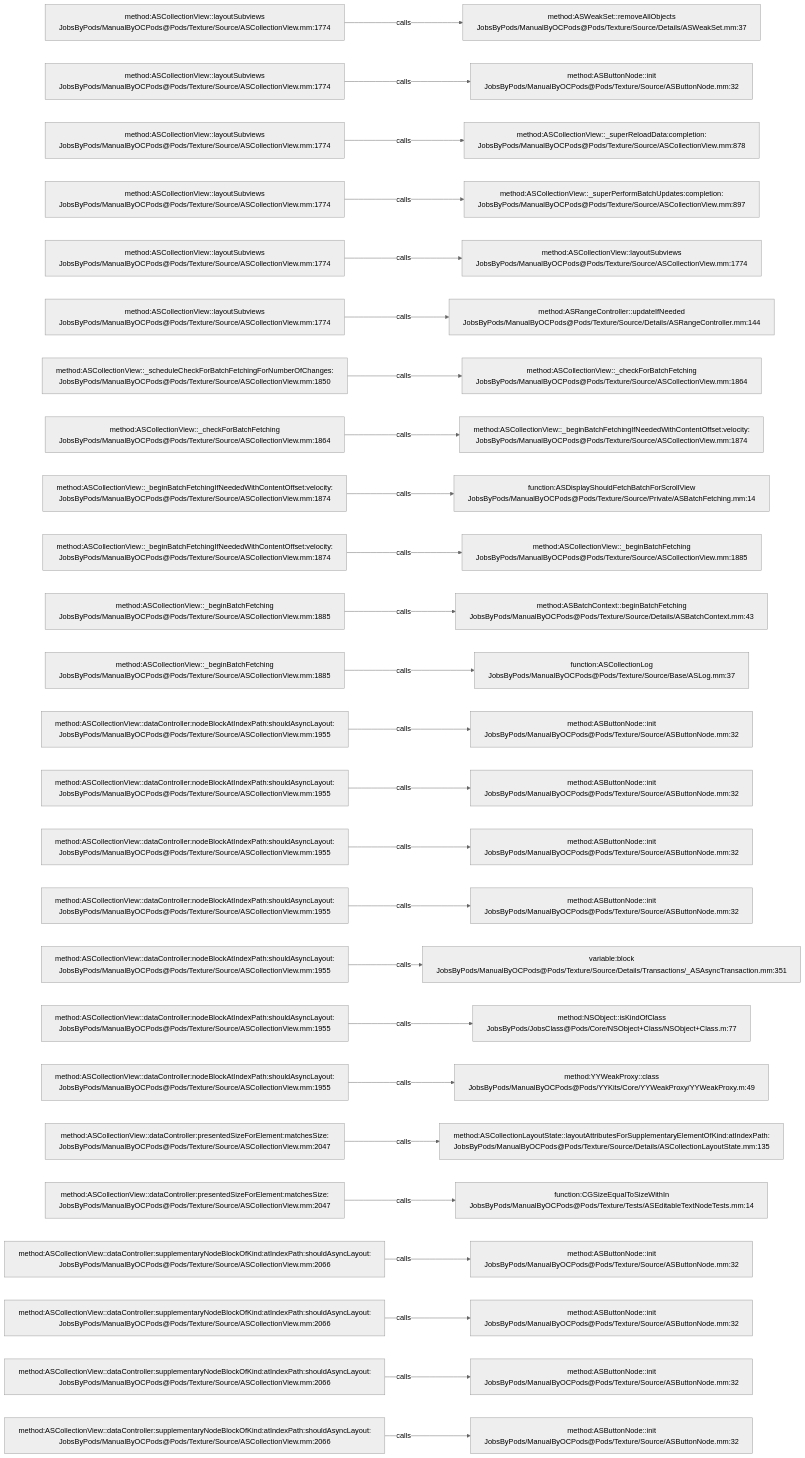
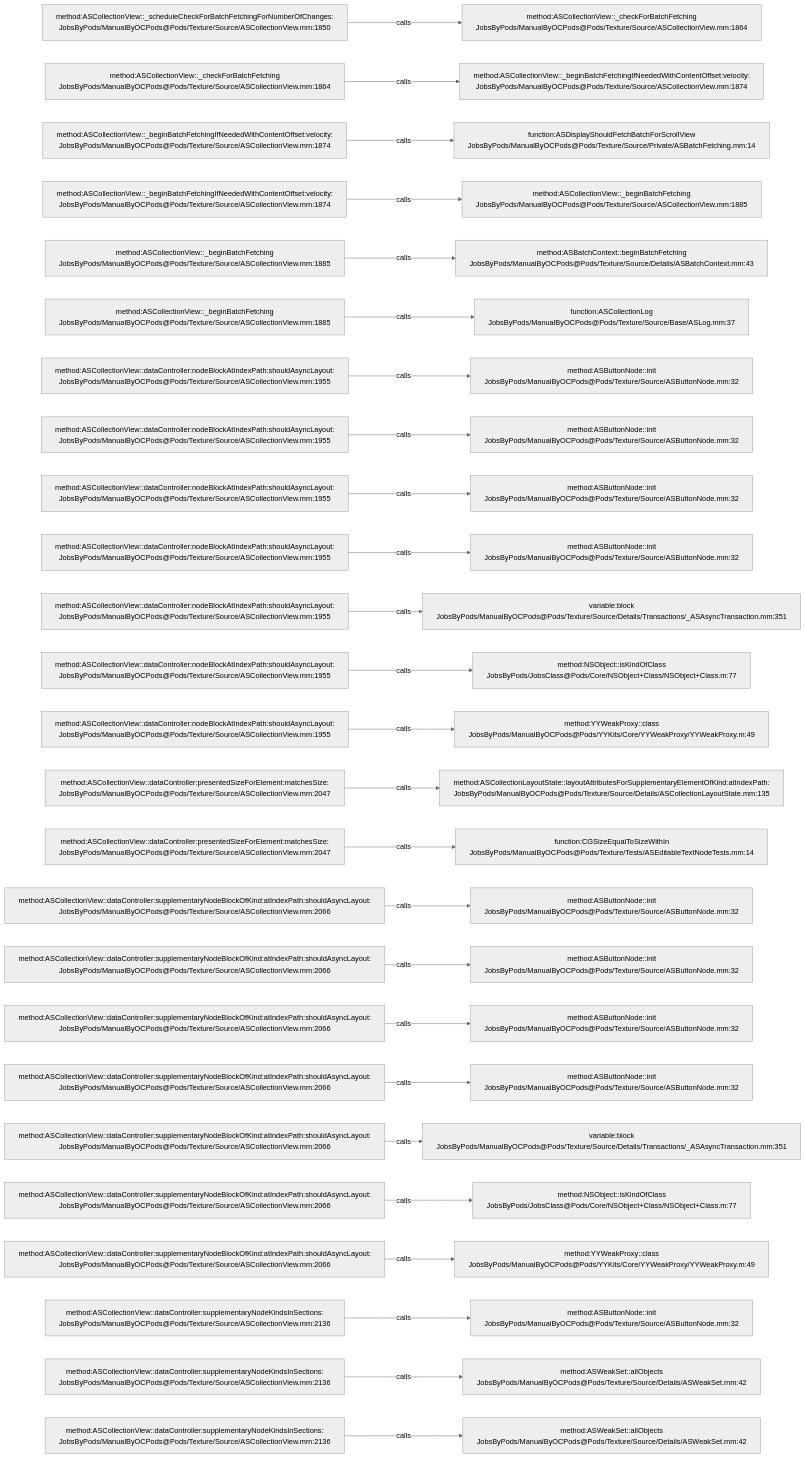
One commit to JobsKits/JobsOCBaseConfigDemo changed the diagram in .codegraph/codegraph.md/graphs/calls-075.md. Above: the diagram before and after it, drawn with Mermaid (neutral theme). The commit also changed 666 other files, not shown here.

````diff
--- a/.codegraph/codegraph.md/graphs/calls-075.md
+++ b/.codegraph/codegraph.md/graphs/calls-075.md
@@ -13,78 +13,78 @@
 ```mermaid
 flowchart LR
-  S1["method:ASCollectionView::layoutSubviews<br/>JobsByPods/ManualByOCPods@Pods/Texture/Source/ASCollectionView.mm:1774"]
-  T1["method:ASWeakSet::removeAllObjects<br/>JobsByPods/ManualByOCPods@Pods/Texture/Source/Details/ASWeakSet.mm:37"]
+  S1["method:ASCollectionView::_scheduleCheckForBatchFetchingForNumberOfChanges:<br/>JobsByPods/ManualByOCPods@Pods/Texture/Source/ASCollectionView.mm:1850"]
+  T1["method:ASCollectionView::_checkForBatchFetching<br/>JobsByPods/ManualByOCPods@Pods/Texture/Source/ASCollectionView.mm:1864"]
   S1 -->|calls| T1
-  S2["method:ASCollectionView::layoutSubviews<br/>JobsByPods/ManualByOCPods@Pods/Texture/Source/ASCollectionView.mm:1774"]
-  T2["method:ASButtonNode::init<br/>JobsByPods/ManualByOCPods@Pods/Texture/Source/ASButtonNode.mm:32"]
+  S2["method:ASCollectionView::_checkForBatchFetching<br/>JobsByPods/ManualByOCPods@Pods/Texture/Source/ASCollectionView.mm:1864"]
+  T2["method:ASCollectionView::_beginBatchFetchingIfNeededWithContentOffset:velocity:<br/>JobsByPods/ManualByOCPods@Pods/Texture/Source/ASCollectionView.mm:1874"]
   S2 -->|calls| T2
-  S3["method:ASCollectionView::layoutSubviews<br/>JobsByPods/ManualByOCPods@Pods/Texture/Source/ASCollectionView.mm:1774"]
-  T3["method:ASCollectionView::_superReloadData:completion:<br/>JobsByPods/ManualByOCPods@Pods/Texture/Source/ASCollectionView.mm:878"]
+  S3["method:ASCollectionView::_beginBatchFetchingIfNeededWithContentOffset:velocity:<br/>JobsByPods/ManualByOCPods@Pods/Texture/Source/ASCollectionView.mm:1874"]
+  T3["function:ASDisplayShouldFetchBatchForScrollView<br/>JobsByPods/ManualByOCPods@Pods/Texture/Source/Private/ASBatchFetching.mm:14"]
   S3 -->|calls| T3
-  S4["method:ASCollectionView::layoutSubviews<br/>JobsByPods/ManualByOCPods@Pods/Texture/Source/ASCollectionView.mm:1774"]
-  T4["method:ASCollectionView::_superPerformBatchUpdates:completion:<br/>JobsByPods/ManualByOCPods@Pods/Texture/Source/ASCollectionView.mm:897"]
+  S4["method:ASCollectionView::_beginBatchFetchingIfNeededWithContentOffset:velocity:<br/>JobsByPods/ManualByOCPods@Pods/Texture/Source/ASCollectionView.mm:1874"]
+  T4["method:ASCollectionView::_beginBatchFetching<br/>JobsByPods/ManualByOCPods@Pods/Texture/Source/ASCollectionView.mm:1885"]
   S4 -->|calls| T4
-  S5["method:ASCollectionView::layoutSubviews<br/>JobsByPods/ManualByOCPods@Pods/Texture/Source/ASCollectionView.mm:1774"]
-  T5["method:ASCollectionView::layoutSubviews<br/>JobsByPods/ManualByOCPods@Pods/Texture/Source/ASCollectionView.mm:1774"]
+  S5["method:ASCollectionView::_beginBatchFetching<br/>JobsByPods/ManualByOCPods@Pods/Texture/Source/ASCollectionView.mm:1885"]
+  T5["method:ASBatchContext::beginBatchFetching<br/>JobsByPods/ManualByOCPods@Pods/Texture/Source/Details/ASBatchContext.mm:43"]
   S5 -->|calls| T5
-  S6["method:ASCollectionView::layoutSubviews<br/>JobsByPods/ManualByOCPods@Pods/Texture/Source/ASCollectionView.mm:1774"]
-  T6["method:ASRangeController::updateIfNeeded<br/>JobsByPods/ManualByOCPods@Pods/Texture/Source/Details/ASRangeController.mm:144"]
+  S6["method:ASCollectionView::_beginBatchFetching<br/>JobsByPods/ManualByOCPods@Pods/Texture/Source/ASCollectionView.mm:1885"]
+  T6["function:ASCollectionLog<br/>JobsByPods/ManualByOCPods@Pods/Texture/Source/Base/ASLog.mm:37"]
   S6 -->|calls| T6
-  S7["method:ASCollectionView::_scheduleCheckForBatchFetchingForNumberOfChanges:<br/>JobsByPods/ManualByOCPods@Pods/Texture/Source/ASCollectionView.mm:1850"]
-  T7["method:ASCollectionView::_checkForBatchFetching<br/>JobsByPods/ManualByOCPods@Pods/Texture/Source/ASCollectionView.mm:1864"]
+  S7["method:ASCollectionView::dataController:nodeBlockAtIndexPath:shouldAsyncLayout:<br/>JobsByPods/ManualByOCPods@Pods/Texture/Source/ASCollectionView.mm:1955"]
+  T7["method:ASButtonNode::init<br/>JobsByPods/ManualByOCPods@Pods/Texture/Source/ASButtonNode.mm:32"]
   S7 -->|calls| T7
-  S8["method:ASCollectionView::_checkForBatchFetching<br/>JobsByPods/ManualByOCPods@Pods/Texture/Source/ASCollectionView.mm:1864"]
-  T8["method:ASCollectionView::_beginBatchFetchingIfNeededWithContentOffset:velocity:<br/>JobsByPods/ManualByOCPods@Pods/Texture/Source/ASCollectionView.mm:1874"]
+  S8["method:ASCollectionView::dataController:nodeBlockAtIndexPath:shouldAsyncLayout:<br/>JobsByPods/ManualByOCPods@Pods/Texture/Source/ASCollectionView.mm:1955"]
+  T8["method:ASButtonNode::init<br/>JobsByPods/ManualByOCPods@Pods/Texture/Source/ASButtonNode.mm:32"]
   S8 -->|calls| T8
-  S9["method:ASCollectionView::_beginBatchFetchingIfNeededWithContentOffset:velocity:<br/>JobsByPods/ManualByOCPods@Pods/Texture/Source/ASCollectionView.mm:1874"]
-  T9["function:ASDisplayShouldFetchBatchForScrollView<br/>JobsByPods/ManualByOCPods@Pods/Texture/Source/Private/ASBatchFetching.mm:14"]
+  S9["method:ASCollectionView::dataController:nodeBlockAtIndexPath:shouldAsyncLayout:<br/>JobsByPods/ManualByOCPods@Pods/Texture/Source/ASCollectionView.mm:1955"]
+  T9["method:ASButtonNode::init<br/>JobsByPods/ManualByOCPods@Pods/Texture/Source/ASButtonNode.mm:32"]
   S9 -->|calls| T9
-  S10["method:ASCollectionView::_beginBatchFetchingIfNeededWithContentOffset:velocity:<br/>JobsByPods/ManualByOCPods@Pods/Texture/Source/ASCollectionView.mm:1874"]
-  T10["method:ASCollectionView::_beginBatchFetching<br/>JobsByPods/ManualByOCPods@Pods/Texture/Source/ASCollectionView.mm:1885"]
+  S10["method:ASCollectionView::dataController:nodeBlockAtIndexPath:shouldAsyncLayout:<br/>JobsByPods/ManualByOCPods@Pods/Texture/Source/ASCollectionView.mm:1955"]
+  T10["method:ASButtonNode::init<br/>JobsByPods/ManualByOCPods@Pods/Texture/Source/ASButtonNode.mm:32"]
   S10 -->|calls| T10
-  S11["method:ASCollectionView::_beginBatchFetching<br/>JobsByPods/ManualByOCPods@Pods/Texture/Source/ASCollectionView.mm:1885"]
-  T11["method:ASBatchContext::beginBatchFetching<br/>JobsByPods/ManualByOCPods@Pods/Texture/Source/Details/ASBatchContext.mm:43"]
+  S11["method:ASCollectionView::dataController:nodeBlockAtIndexPath:shouldAsyncLayout:<br/>JobsByPods/ManualByOCPods@Pods/Texture/Source/ASCollectionView.mm:1955"]
+  T11["variable:block<br/>JobsByPods/ManualByOCPods@Pods/Texture/Source/Details/Transactions/_ASAsyncTransaction.mm:351"]
   S11 -->|calls| T11
-  S12["method:ASCollectionView::_beginBatchFetching<br/>JobsByPods/ManualByOCPods@Pods/Texture/Source/ASCollectionView.mm:1885"]
-  T12["function:ASCollectionLog<br/>JobsByPods/ManualByOCPods@Pods/Texture/Source/Base/ASLog.mm:37"]
+  S12["method:ASCollectionView::dataController:nodeBlockAtIndexPath:shouldAsyncLayout:<br/>JobsByPods/ManualByOCPods@Pods/Texture/Source/ASCollectionView.mm:1955"]
+  T12["method:NSObject::isKindOfClass<br/>JobsByPods/JobsClass@Pods/Core/NSObject+Class/NSObject+Class.m:77"]
   S12 -->|calls| T12
   S13["method:ASCollectionView::dataController:nodeBlockAtIndexPath:shouldAsyncLayout:<br/>JobsByPods/ManualByOCPods@Pods/Texture/Source/ASCollectionView.mm:1955"]
-  T13["method:ASButtonNode::init<br/>JobsByPods/ManualByOCPods@Pods/Texture/Source/ASButtonNode.mm:32"]
+  T13["method:YYWeakProxy::class<br/>JobsByPods/ManualByOCPods@Pods/YYKits/Core/YYWeakProxy/YYWeakProxy.m:49"]
   S13 -->|calls| T13
-  S14["method:ASCollectionView::dataController:nodeBlockAtIndexPath:shouldAsyncLayout:<br/>JobsByPods/ManualByOCPods@Pods/Texture/Source/ASCollectionView.mm:1955"]
-  T14["method:ASButtonNode::init<br/>JobsByPods/ManualByOCPods@Pods/Texture/Source/ASButtonNode.mm:32"]
+  S14["method:ASCollectionView::dataController:presentedSizeForElement:matchesSize:<br/>JobsByPods/ManualByOCPods@Pods/Texture/Source/ASCollectionView.mm:2047"]
+  T14["method:ASCollectionLayoutState::layoutAttributesForSupplementaryElementOfKind:atIndexPath:<br/>JobsByPods/ManualByOCPods@Pods/Texture/Source/Details/ASCollectionLayoutState.mm:135"]
   S14 -->|calls| T14
-  S15["method:ASCollectionView::dataController:nodeBlockAtIndexPath:shouldAsyncLayout:<br/>JobsByPods/ManualByOCPods@Pods/Texture/Source/ASCollectionView.mm:1955"]
-  T15["method:ASButtonNode::init<br/>JobsByPods/ManualByOCPods@Pods/Texture/Source/ASButtonNode.mm:32"]
+  S15["method:ASCollectionView::dataController:presentedSizeForElement:matchesSize:<br/>JobsByPods/ManualByOCPods@Pods/Texture/Source/ASCollectionView.mm:2047"]
+  T15["function:CGSizeEqualToSizeWithIn<br/>JobsByPods/ManualByOCPods@Pods/Texture/Tests/ASEditableTextNodeTests.mm:14"]
   S15 -->|calls| T15
-  S16["method:ASCollectionView::dataController:nodeBlockAtIndexPath:shouldAsyncLayout:<br/>JobsByPods/ManualByOCPods@Pods/Texture/Source/ASCollectionView.mm:1955"]
+  S16["method:ASCollectionView::dataController:supplementaryNodeBlockOfKind:atIndexPath:shouldAsyncLayout:<br/>JobsByPods/ManualByOCPods@Pods/Texture/Source/ASCollectionView.mm:2066"]
   T16["method:ASButtonNode::init<br/>JobsByPods/ManualByOCPods@Pods/Texture/Source/ASButtonNode.mm:32"]
   S16 -->|calls| T16
-  S17["method:ASCollectionView::dataController:nodeBlockAtIndexPath:shouldAsyncLayout:<br/>JobsByPods/ManualByOCPods@Pods/Texture/Source/ASCollectionView.mm:1955"]
-  T17["variable:block<br/>JobsByPods/ManualByOCPods@Pods/Texture/Source/Details/Transactions/_ASAsyncTransaction.mm:351"]
+  S17["method:ASCollectionView::dataController:supplementaryNodeBlockOfKind:atIndexPath:shouldAsyncLayout:<br/>JobsByPods/ManualByOCPods@Pods/Texture/Source/ASCollectionView.mm:2066"]
+  T17["method:ASButtonNode::init<br/>JobsByPods/ManualByOCPods@Pods/Texture/Source/ASButtonNode.mm:32"]
   S17 -->|calls| T17
-  S18["method:ASCollectionView::dataController:nodeBlockAtIndexPath:shouldAsyncLayout:<br/>JobsByPods/ManualByOCPods@Pods/Texture/Source/ASCollectionView.mm:1955"]
-  T18["method:NSObject::isKindOfClass<br/>JobsByPods/JobsClass@Pods/Core/NSObject+Class/NSObject+Class.m:77"]
+  S18["method:ASCollectionView::dataController:supplementaryNodeBlockOfKind:atIndexPath:shouldAsyncLayout:<br/>JobsByPods/ManualByOCPods@Pods/Texture/Source/ASCollectionView.mm:2066"]
+  T18["method:ASButtonNode::init<br/>JobsByPods/ManualByOCPods@Pods/Texture/Source/ASButtonNode.mm:32"]
   S18 -->|calls| T18
-  S19["method:ASCollectionView::dataController:nodeBlockAtIndexPath:shouldAsyncLayout:<br/>JobsByPods/ManualByOCPods@Pods/Texture/Source/ASCollectionView.mm:1955"]
-  T19["method:YYWeakProxy::class<br/>JobsByPods/ManualByOCPods@Pods/YYKits/Core/YYWeakProxy/YYWeakProxy.m:49"]
+  S19["method:ASCollectionView::dataController:supplementaryNodeBlockOfKind:atIndexPath:shouldAsyncLayout:<br/>JobsByPods/ManualByOCPods@Pods/Texture/Source/ASCollectionView.mm:2066"]
+  T19["method:ASButtonNode::init<br/>JobsByPods/ManualByOCPods@Pods/Texture/Source/ASButtonNode.mm:32"]
   S19 -->|calls| T19
-  S20["method:ASCollectionView::dataController:presentedSizeForElement:matchesSize:<br/>JobsByPods/ManualByOCPods@Pods/Texture/Source/ASCollectionView.mm:2047"]
-  T20["method:ASCollectionLayoutState::layoutAttributesForSupplementaryElementOfKind:atIndexPath:<br/>JobsByPods/ManualByOCPods@Pods/Texture/Source/Details/ASCollectionLayoutState.mm:135"]
+  S20["method:ASCollectionView::dataController:supplementaryNodeBlockOfKind:atIndexPath:shouldAsyncLayout:<br/>JobsByPods/ManualByOCPods@Pods/Texture/Source/ASCollectionView.mm:2066"]
+  T20["variable:block<br/>JobsByPods/ManualByOCPods@Pods/Texture/Source/Details/Transactions/_ASAsyncTransaction.mm:351"]
   S20 -->|calls| T20
-  S21["method:ASCollectionView::dataController:presentedSizeForElement:matchesSize:<br/>JobsByPods/ManualByOCPods@Pods/Texture/Source/ASCollectionView.mm:2047"]
-  T21["function:CGSizeEqualToSizeWithIn<br/>JobsByPods/ManualByOCPods@Pods/Texture/Tests/ASEditableTextNodeTests.mm:14"]
+  S21["method:ASCollectionView::dataController:supplementaryNodeBlockOfKind:atIndexPath:shouldAsyncLayout:<br/>JobsByPods/ManualByOCPods@Pods/Texture/Source/ASCollectionView.mm:2066"]
+  T21["method:NSObject::isKindOfClass<br/>JobsByPods/JobsClass@Pods/Core/NSObject+Class/NSObject+Class.m:77"]
   S21 -->|calls| T21
   S22["method:ASCollectionView::dataController:supplementaryNodeBlockOfKind:atIndexPath:shouldAsyncLayout:<br/>JobsByPods/ManualByOCPods@Pods/Texture/Source/ASCollectionView.mm:2066"]
-  T22["method:ASButtonNode::init<br/>JobsByPods/ManualByOCPods@Pods/Texture/Source/ASButtonNode.mm:32"]
+  T22["method:YYWeakProxy::class<br/>JobsByPods/ManualByOCPods@Pods/YYKits/Core/YYWeakProxy/YYWeakProxy.m:49"]
   S22 -->|calls| T22
-  S23["method:ASCollectionView::dataController:supplementaryNodeBlockOfKind:atIndexPath:shouldAsyncLayout:<br/>JobsByPods/ManualByOCPods@Pods/Texture/Source/ASCollectionView.mm:2066"]
+  S23["method:ASCollectionView::dataController:supplementaryNodeKindsInSections:<br/>JobsByPods/ManualByOCPods@Pods/Texture/Source/ASCollectionView.mm:2136"]
   T23["method:ASButtonNode::init<br/>JobsByPods/ManualByOCPods@Pods/Texture/Source/ASButtonNode.mm:32"]
   S23 -->|calls| T23
-  S24["method:ASCollectionView::dataController:supplementaryNodeBlockOfKind:atIndexPath:shouldAsyncLayout:<br/>JobsByPods/ManualByOCPods@Pods/Texture/Source/ASCollectionView.mm:2066"]
-  T24["method:ASButtonNode::init<br/>JobsByPods/ManualByOCPods@Pods/Texture/Source/ASButtonNode.mm:32"]
+  S24["method:ASCollectionView::dataController:supplementaryNodeKindsInSections:<br/>JobsByPods/ManualByOCPods@Pods/Texture/Source/ASCollectionView.mm:2136"]
+  T24["method:ASWeakSet::allObjects<br/>JobsByPods/ManualByOCPods@Pods/Texture/Source/Details/ASWeakSet.mm:42"]
   S24 -->|calls| T24
-  S25["method:ASCollectionView::dataController:supplementaryNodeBlockOfKind:atIndexPath:shouldAsyncLayout:<br/>JobsByPods/ManualByOCPods@Pods/Texture/Source/ASCollectionView.mm:2066"]
-  T25["method:ASButtonNode::init<br/>JobsByPods/ManualByOCPods@Pods/Texture/Source/ASButtonNode.mm:32"]
+  S25["method:ASCollectionView::dataController:supplementaryNodeKindsInSections:<br/>JobsByPods/ManualByOCPods@Pods/Texture/Source/ASCollectionView.mm:2136"]
+  T25["method:ASWeakSet::allObjects<br/>JobsByPods/ManualByOCPods@Pods/Texture/Source/Details/ASWeakSet.mm:42"]
   S25 -->|calls| T25
 ```
````
